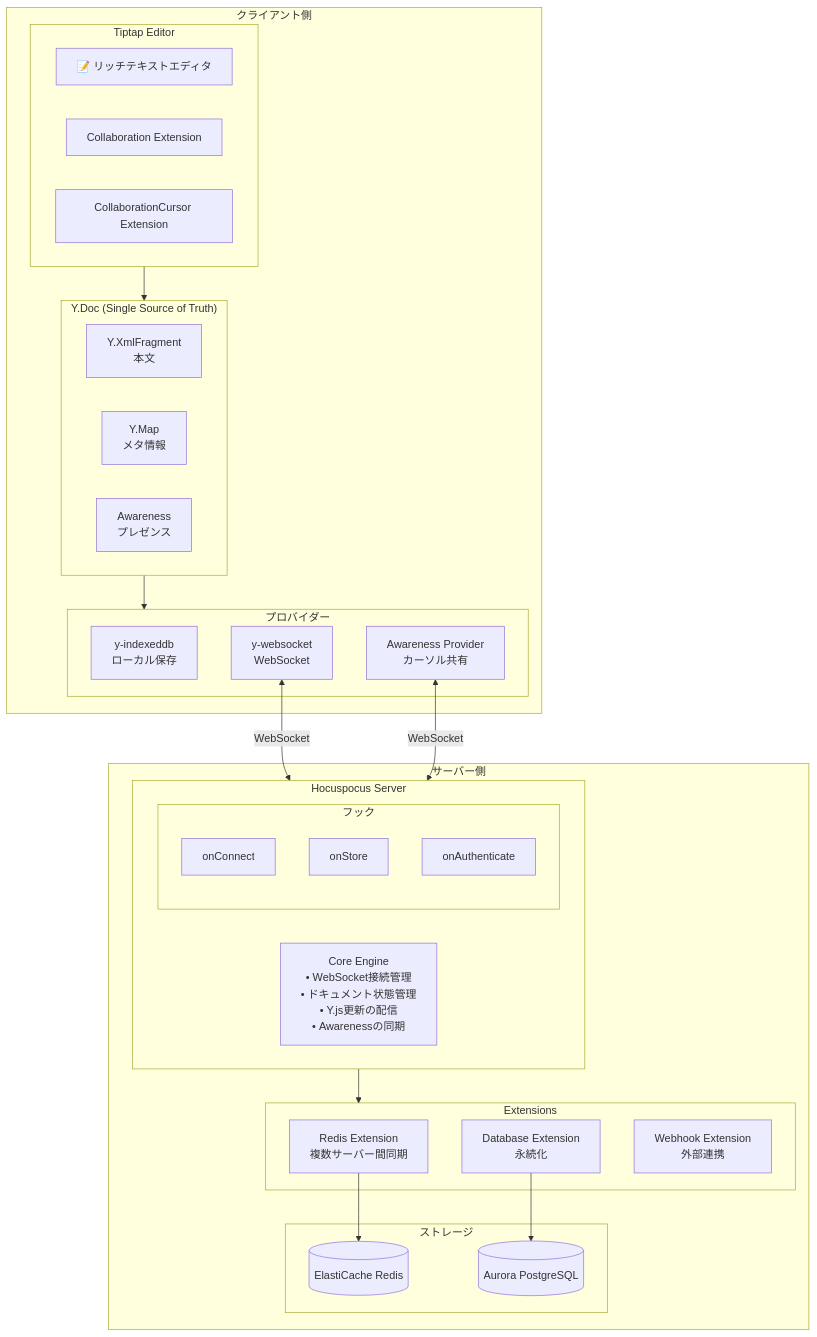
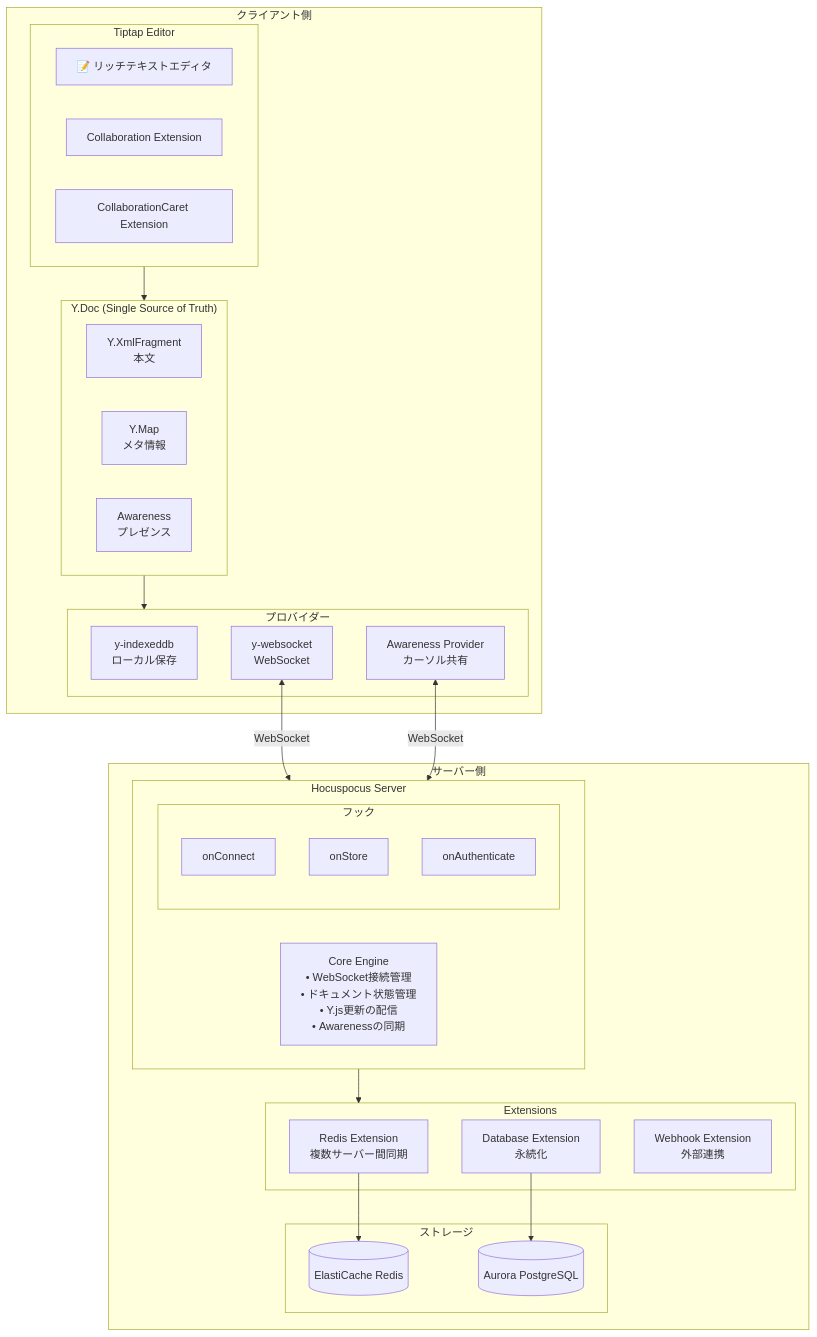
The fourth of 9 diagrams in docs/guides/hocuspocus-overview.md (otomatty/zedi), drawn with Mermaid before and after one commit. The commit also changed 10 other files, not shown here.

First line of the commit message:
refactor: rename CollaborationCursor to CollaborationCaret in documentation and implementation

````diff
--- a/docs/guides/hocuspocus-overview.md
+++ b/docs/guides/hocuspocus-overview.md
@@ -200,55 +200,55 @@
 ```mermaid
 flowchart TB
     subgraph Client["クライアント側"]
         subgraph Editor["Tiptap Editor"]
             TE["📝 リッチテキストエディタ"]
             CE["Collaboration Extension"]
-            CCE["CollaborationCursor Extension"]
+            CCE["CollaborationCaret Extension"]
         end
         
         subgraph YDoc["Y.Doc (Single Source of Truth)"]
             XF["Y.XmlFragment<br/>本文"]
             YM["Y.Map<br/>メタ情報"]
             AW["Awareness<br/>プレゼンス"]
         end
         
         subgraph Providers["プロバイダー"]
             IDB["y-indexeddb<br/>ローカル保存"]
             WS["y-websocket<br/>WebSocket"]
             AWP["Awareness Provider<br/>カーソル共有"]
         end
         
         Editor --> YDoc
         YDoc --> Providers
     end
     
     subgraph Server["サーバー側"]
         subgraph HP["Hocuspocus Server"]
             Core["Core Engine<br/>• WebSocket接続管理<br/>• ドキュメント状態管理<br/>• Y.js更新の配信<br/>• Awarenessの同期"]
             
             subgraph Hooks["フック"]
                 H1["onConnect"]
                 H2["onStore"]
                 H3["onAuthenticate"]
             end
         end
         
         subgraph Extensions["Extensions"]
             RE["Redis Extension<br/>複数サーバー間同期"]
             DE["Database Extension<br/>永続化"]
             WE["Webhook Extension<br/>外部連携"]
         end
         
         subgraph Storage["ストレージ"]
             Redis[("ElastiCache Redis")]
             Aurora[("Aurora PostgreSQL")]
         end
         
         HP --> Extensions
         RE --> Redis
         DE --> Aurora
     end
     
     WS <-->|WebSocket| HP
     AWP <-->|WebSocket| HP
 ```
````
